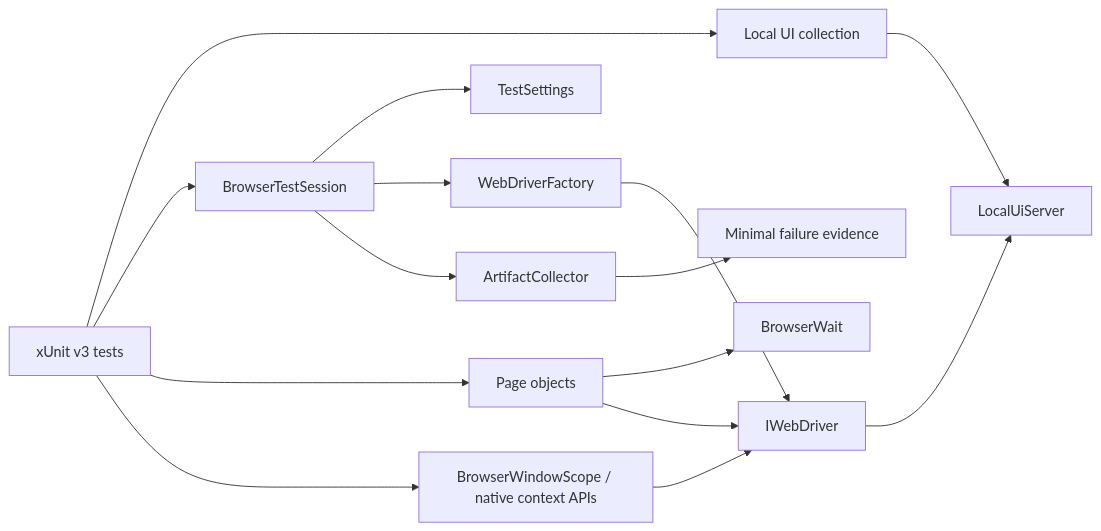
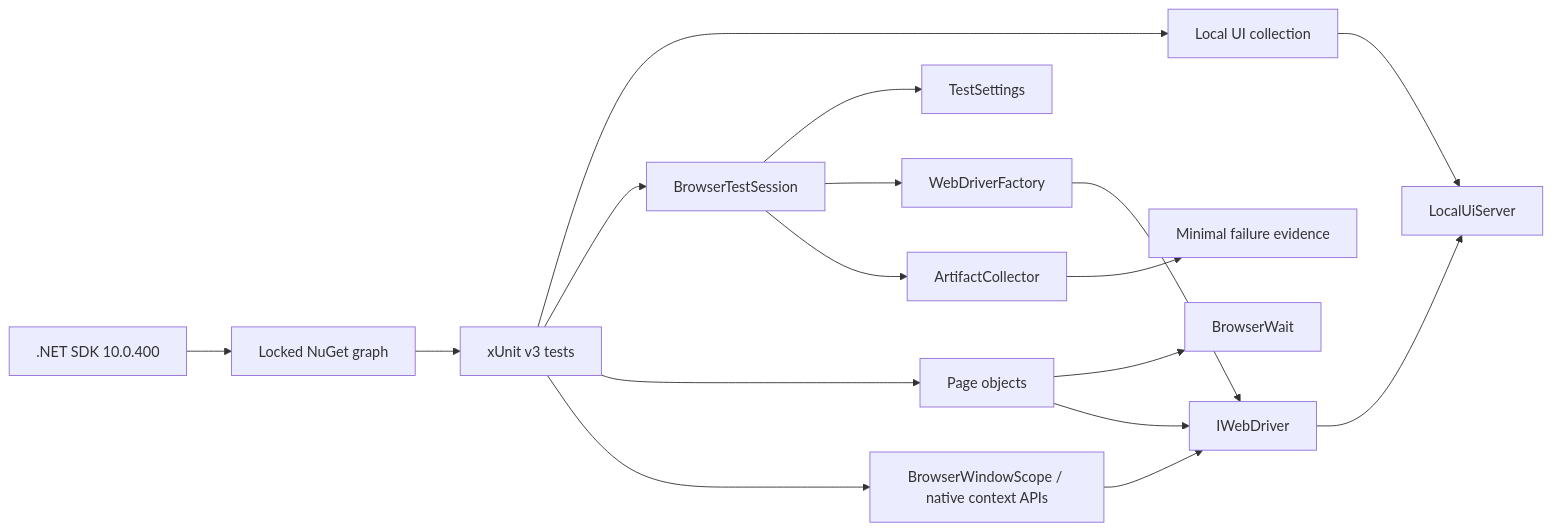
Before and after one commit to portyu9/qa-automation-dotnet-selenium: the diagram in docs/ARCHITECTURE.md, drawn with Mermaid. The commit also changed other lines of this file, not shown here.

Commit message:
docs: document .NET 10 Selenium architecture

````diff
--- a/docs/ARCHITECTURE.md
+++ b/docs/ARCHITECTURE.md
@@ -7,17 +7,19 @@
 ```mermaid
 flowchart LR
-    TEST[xUnit v3 tests] --> COLLECTION[Local UI collection]
+    SDK[.NET SDK 10.0.400] --> LOCK[Locked NuGet graph]
+    LOCK --> TEST[xUnit v3 tests]
+    TEST --> COLLECTION[Local UI collection]
     COLLECTION --> FIX[LocalUiServer]
     TEST --> SESSION[BrowserTestSession]
     SESSION --> CFG[TestSettings]
     SESSION --> FACTORY[WebDriverFactory]
     TEST --> PAGE[Page objects]
     TEST --> CONTEXT[BrowserWindowScope / native context APIs]
     PAGE --> WAIT[BrowserWait]
     PAGE --> DRIVER[IWebDriver]
     CONTEXT --> DRIVER
     FACTORY --> DRIVER
     DRIVER --> FIX
     SESSION --> ART[ArtifactCollector]
     ART --> EV[Minimal failure evidence]
 ```
````
